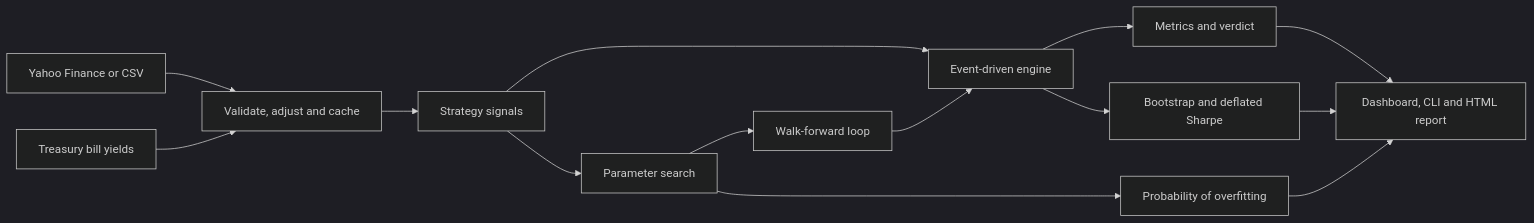
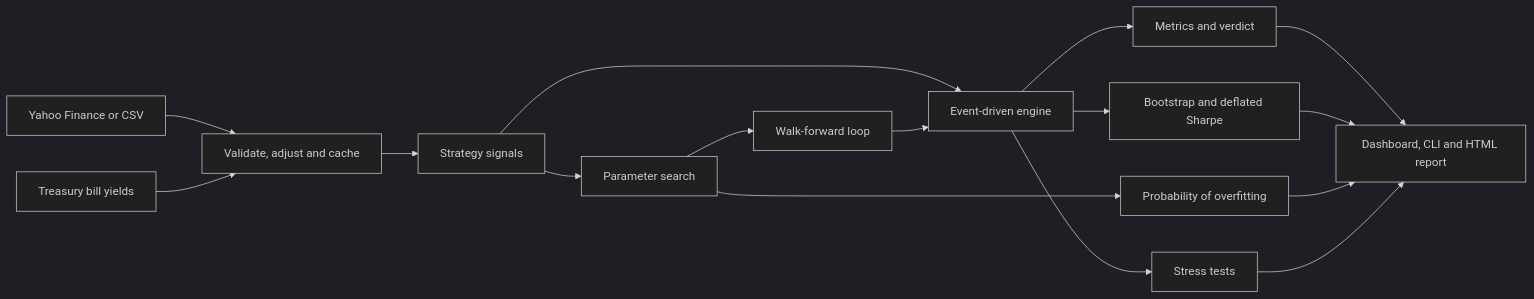
Before and after one commit to Elarionitis/TradStrat: the diagram in README.md, drawn with Mermaid (dark theme). The commit also changed other lines of this file and 3 other files, not shown here.

````diff
--- a/README.md
+++ b/README.md
@@ -247,16 +257,18 @@
 ```mermaid
 flowchart LR
     A[Yahoo Finance or CSV] --> B[Validate, adjust and cache]
     T[Treasury bill yields] --> B
     B --> C[Strategy signals]
     C --> D[Event-driven engine]
     D --> E[Metrics and verdict]
     D --> F[Bootstrap and deflated Sharpe]
     C --> G[Parameter search]
     G --> H[Probability of overfitting]
     G --> I[Walk-forward loop]
     I --> D
+    D --> S[Stress tests]
     E --> J[Dashboard, CLI and HTML report]
     F --> J
     H --> J
+    S --> J
 ```
````
